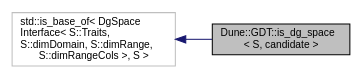
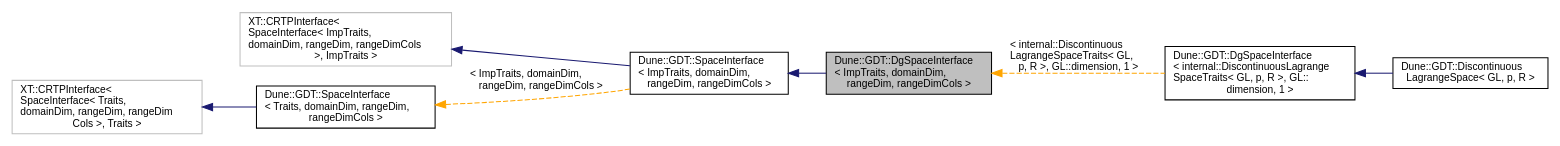
Before and after one commit to dune-community/dune-community.github.io: the diagram in docs/dune-gdt/master/a02592.dot, drawn with Graphviz. The commit also changed 1982 other files, not shown here.

Commit message:
Updated documentation for dune-gdt master

```diff
--- a/docs/dune-gdt/master/a02592.dot
+++ b/docs/dune-gdt/master/a02592.dot
@@ -1,9 +1,19 @@
-digraph "Dune::GDT::is_dg_space&lt; S, candidate &gt;"
+digraph "Dune::GDT::DgSpaceInterface&lt; ImpTraits, domainDim, rangeDim, rangeDimCols &gt;"
 {
   edge [fontname="Helvetica",fontsize="10",labelfontname="Helvetica",labelfontsize="10"];
   node [fontname="Helvetica",fontsize="10",shape=record];
   rankdir="LR";
-  Node0 [label="Dune::GDT::is_dg_space\l\< S, candidate \>",height=0.2,width=0.4,color="black", fillcolor="grey75", style="filled", fontcolor="black"];
+  Node0 [label="Dune::GDT::DgSpaceInterface\l\< ImpTraits, domainDim,\l rangeDim, rangeDimCols \>",height=0.2,width=0.4,color="black", fillcolor="grey75", style="filled", fontcolor="black"];
   Node1 -> Node0 [dir="back",color="midnightblue",fontsize="10",style="solid",fontname="Helvetica"];
-  Node1 [label="std::is_base_of\< DgSpace\lInterface\< S::Traits,\l S::dimDomain, S::dimRange,\l S::dimRangeCols \>, S \>",height=0.2,width=0.4,color="grey75", fillcolor="white", style="filled"];
+  Node1 [label="Dune::GDT::SpaceInterface\l\< ImpTraits, domainDim,\l rangeDim, rangeDimCols \>",height=0.2,width=0.4,color="black", fillcolor="white", style="filled",URL="$a02709.html"];
+  Node2 -> Node1 [dir="back",color="midnightblue",fontsize="10",style="solid",fontname="Helvetica"];
+  Node2 [label="XT::CRTPInterface\<\l SpaceInterface\< ImpTraits,\l domainDim, rangeDim, rangeDimCols\l \>, ImpTraits \>",height=0.2,width=0.4,color="grey75", fillcolor="white", style="filled"];
+  Node3 -> Node1 [dir="back",color="orange",fontsize="10",style="dashed",label=" \< ImpTraits, domainDim,\l rangeDim, rangeDimCols \>" ,fontname="Helvetica"];
+  Node3 [label="Dune::GDT::SpaceInterface\l\< Traits, domainDim, rangeDim,\l rangeDimCols \>",height=0.2,width=0.4,color="black", fillcolor="white", style="filled",URL="$a02709.html"];
+  Node4 -> Node3 [dir="back",color="midnightblue",fontsize="10",style="solid",fontname="Helvetica"];
+  Node4 [label="XT::CRTPInterface\<\l SpaceInterface\< Traits,\l domainDim, rangeDim, rangeDim\lCols \>, Traits \>",height=0.2,width=0.4,color="grey75", fillcolor="white", style="filled"];
+  Node0 -> Node5 [dir="back",color="orange",fontsize="10",style="dashed",label=" \< internal::Discontinuous\lLagrangeSpaceTraits\< GL,\l p, R \>, GL::dimension, 1 \>" ,fontname="Helvetica"];
+  Node5 [label="Dune::GDT::DgSpaceInterface\l\< internal::DiscontinuousLagrange\lSpaceTraits\< GL, p, R \>, GL::\ldimension, 1 \>",height=0.2,width=0.4,color="black", fillcolor="white", style="filled",URL="$a02593.html"];
+  Node5 -> Node6 [dir="back",color="midnightblue",fontsize="10",style="solid",fontname="Helvetica"];
+  Node6 [label="Dune::GDT::Discontinuous\lLagrangeSpace\< GL, p, R \>",height=0.2,width=0.4,color="black", fillcolor="white", style="filled",URL="$a02565.html"];
 }
```
